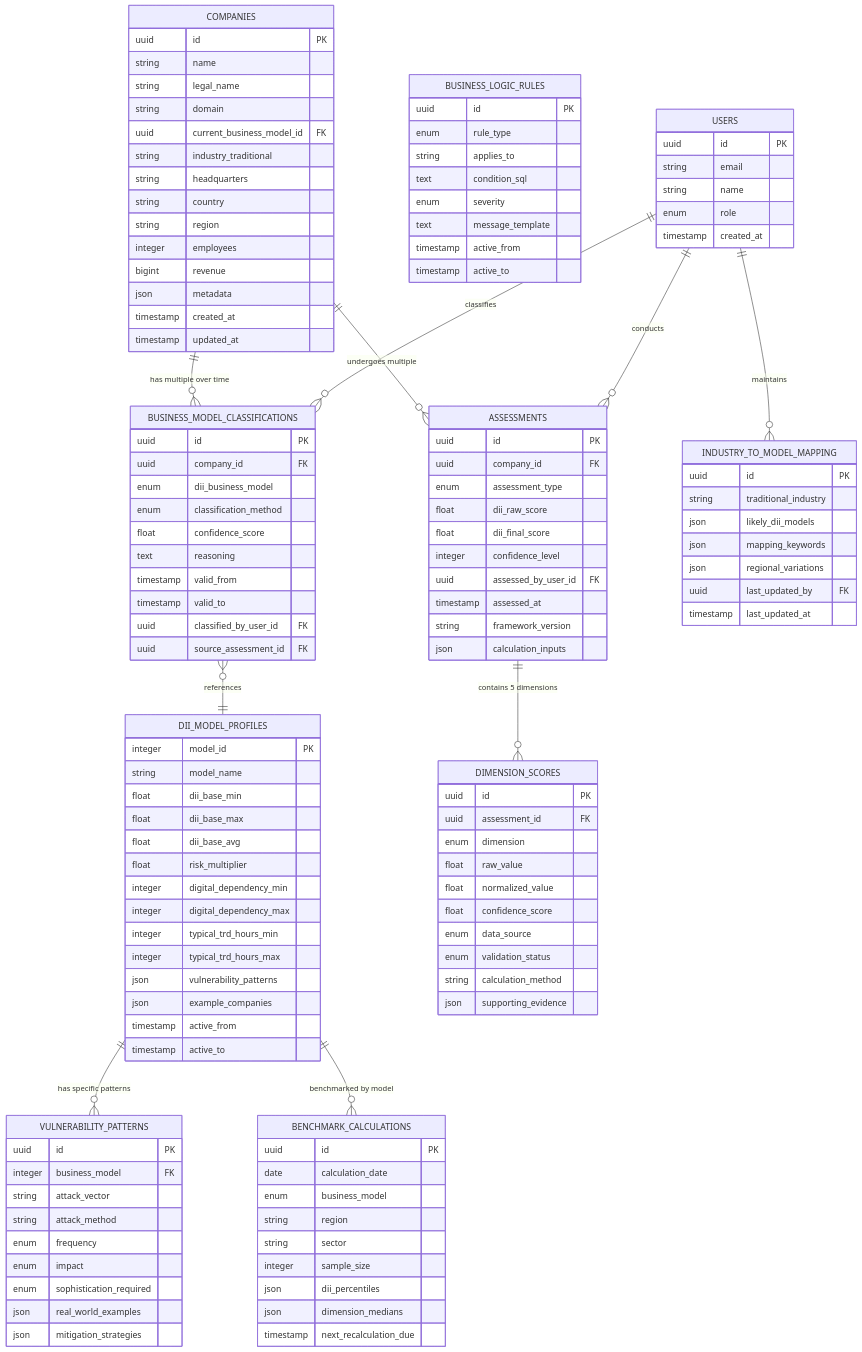
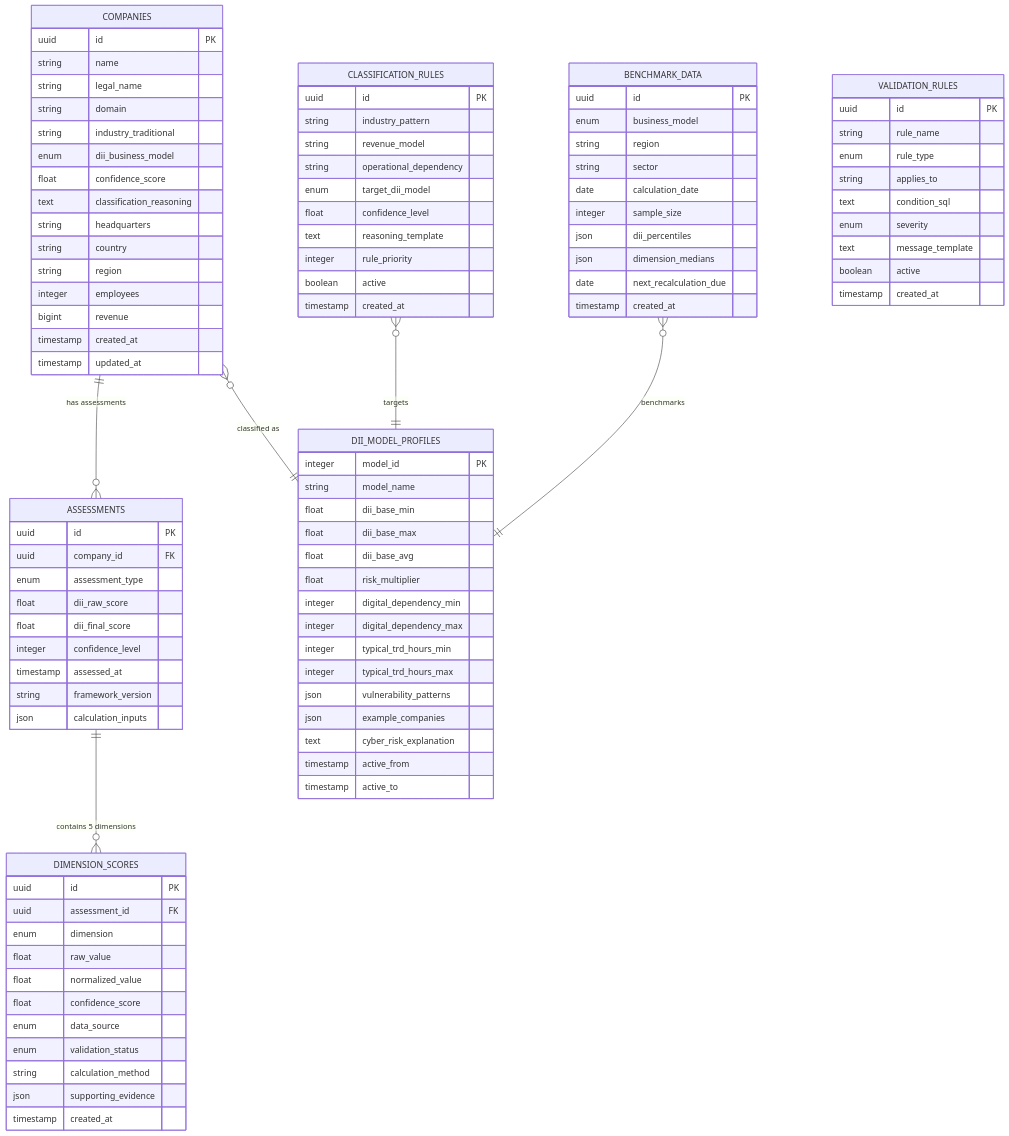
The first of 4 diagrams in apps/assessment-v2/database-schema-diagram.md (Percevals/Laberit-intelligence), drawn with Mermaid before and after one commit. The commit also changed other lines of this file and 4 other files, not shown here.

First line of the commit message:
Add DII business model database and service

````diff
--- a/apps/assessment-v2/database-schema-diagram.md
+++ b/apps/assessment-v2/database-schema-diagram.md
@@ -5,54 +5,25 @@
 ```mermaid
 erDiagram
-    %% Core Entities
+    %% Core Entities (Simplified)
     COMPANIES {
         uuid id PK
         string name
         string legal_name
         string domain
-        uuid current_business_model_id FK
         string industry_traditional
+        enum dii_business_model
+        float confidence_score
+        text classification_reasoning
         string headquarters
         string country
         string region
         integer employees
         bigint revenue
-        json metadata
         timestamp created_at
         timestamp updated_at
     }
 
-    BUSINESS_MODEL_CLASSIFICATIONS {
-        uuid id PK
-        uuid company_id FK
-        enum dii_business_model
-        enum classification_method
-        float confidence_score
-        text reasoning
-        timestamp valid_from
-        timestamp valid_to
-        uuid classified_by_user_id FK
-        uuid source_assessment_id FK
-    }
-
-    DII_MODEL_PROFILES {
-        integer model_id PK
-        string model_name
-        float dii_base_min
-        float dii_base_max
-        float dii_base_avg
-        float risk_multiplier
-        integer digital_dependency_min
-        integer digital_dependency_max
-        integer typical_trd_hours_min
-        integer typical_trd_hours_max
-        json vulnerability_patterns
-        json example_companies
-        timestamp active_from
-        timestamp active_to
-    }
-
-    %% Assessment Engine
+    %% Assessment Results
     ASSESSMENTS {
         uuid id PK
         uuid company_id FK
@@ -60,7 +31,6 @@
         float dii_raw_score
         float dii_final_score
         integer confidence_level
-        uuid assessed_by_user_id FK
         timestamp assessed_at
         string framework_version
         json calculation_inputs
@@ -77,71 +47,73 @@
         enum validation_status
         string calculation_method
         json supporting_evidence
+        timestamp created_at
     }
 
-    BUSINESS_LOGIC_RULES {
+    %% Business Model Definitions (Static)
+    DII_MODEL_PROFILES {
+        integer model_id PK
+        string model_name
+        float dii_base_min
+        float dii_base_max
+        float dii_base_avg
+        float risk_multiplier
+        integer digital_dependency_min
+        integer digital_dependency_max
+        integer typical_trd_hours_min
+        integer typical_trd_hours_max
+        json vulnerability_patterns
+        json example_companies
+        text cyber_risk_explanation
+        timestamp active_from
+        timestamp active_to
+    }
+
+    %% Classification Logic (Static)
+    CLASSIFICATION_RULES {
         uuid id PK
+        string industry_pattern
+        string revenue_model
+        string operational_dependency
+        enum target_dii_model
+        float confidence_level
+        text reasoning_template
+        integer rule_priority
+        boolean active
+        timestamp created_at
+    }
+
+    %% Benchmarking
+    BENCHMARK_DATA {
+        uuid id PK
+        enum business_model
+        string region
+        string sector
+        date calculation_date
+        integer sample_size
+        json dii_percentiles
+        json dimension_medians
+        date next_recalculation_due
+        timestamp created_at
+    }
+
+    %% Business Logic Validation
+    VALIDATION_RULES {
+        uuid id PK
+        string rule_name
         enum rule_type
         string applies_to
         text condition_sql
         enum severity
         text message_template
-        timestamp active_from
-        timestamp active_to
-    }
-
-    %% Intelligence Layer
-    INDUSTRY_TO_MODEL_MAPPING {
-        uuid id PK
-        string traditional_industry
-        json likely_dii_models
-        json mapping_keywords
-        json regional_variations
-        uuid last_updated_by FK
-        timestamp last_updated_at
-    }
-
-    BENCHMARK_CALCULATIONS {
-        uuid id PK
-        date calculation_date
-        enum business_model
-        string region
-        string sector
-        integer sample_size
-        json dii_percentiles
-        json dimension_medians
-        timestamp next_recalculation_due
-    }
-
-    VULNERABILITY_PATTERNS {
-        uuid id PK
-        integer business_model FK
-        string attack_vector
-        string attack_method
-        enum frequency
-        enum impact
-        enum sophistication_required
-        json real_world_examples
-        json mitigation_strategies
-    }
-
-    %% User Management (simplified)
-    USERS {
-        uuid id PK
-        string email
-        string name
-        enum role
+        boolean active
         timestamp created_at
     }
 
-    %% Relationships
-    COMPANIES ||--o{ BUSINESS_MODEL_CLASSIFICATIONS : "has multiple over time"
-    COMPANIES ||--o{ ASSESSMENTS : "undergoes multiple"
-    BUSINESS_MODEL_CLASSIFICATIONS }o--|| DII_MODEL_PROFILES : "references"
+    %% Relationships (Simplified)
+    COMPANIES ||--o{ ASSESSMENTS : "has assessments"
     ASSESSMENTS ||--o{ DIMENSION_SCORES : "contains 5 dimensions"
-    USERS ||--o{ ASSESSMENTS : "conducts"
-    USERS ||--o{ BUSINESS_MODEL_CLASSIFICATIONS : "classifies"
-    USERS ||--o{ INDUSTRY_TO_MODEL_MAPPING : "maintains"
-    DII_MODEL_PROFILES ||--o{ VULNERABILITY_PATTERNS : "has specific patterns"
-    DII_MODEL_PROFILES ||--o{ BENCHMARK_CALCULATIONS : "benchmarked by model"
+    COMPANIES }o--|| DII_MODEL_PROFILES : "classified as"
+    CLASSIFICATION_RULES }o--|| DII_MODEL_PROFILES : "targets"
+    BENCHMARK_DATA }o--|| DII_MODEL_PROFILES : "benchmarks"
 ```
````
